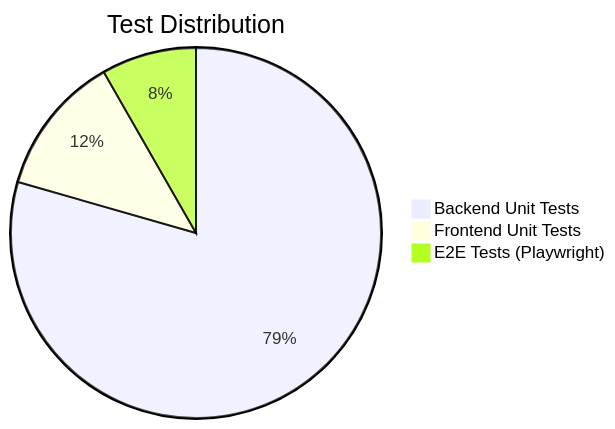
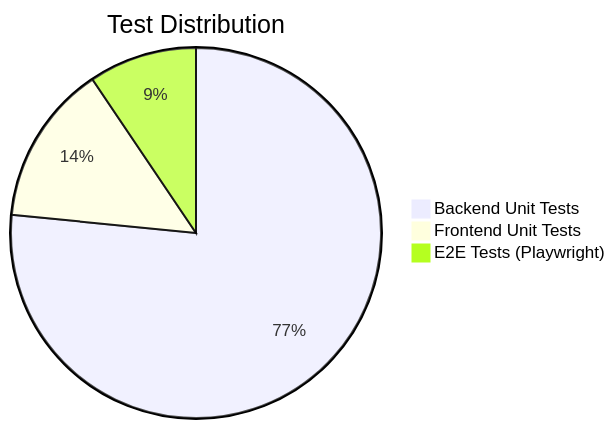
Before and after one commit to MuzafferDemirhan/wealthflow: the diagram in README.md, drawn with Mermaid. The commit also changed other lines of this file, not shown here.

````diff
--- a/README.md
+++ b/README.md
@@ -151,6 +213,6 @@
 ```mermaid
 pie title Test Distribution
-    "Backend Unit Tests" : 259
+    "Backend Unit Tests" : 219
     "Frontend Unit Tests" : 40
     "E2E Tests (Playwright)" : 27
 ```
````
